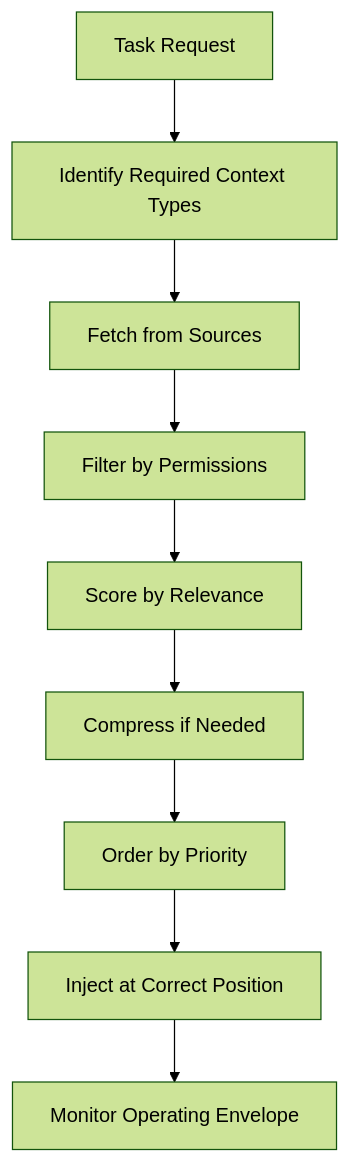
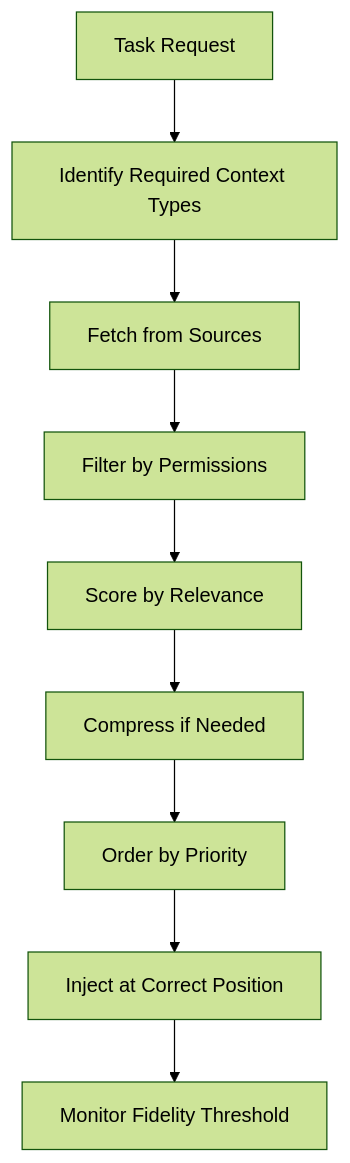
One commit to grvmithas/open-ai-engineering-standards changed the diagram in content/02-context-engineering/README.md. Above: the diagram before and after it, drawn with Mermaid (forest theme). The commit also changed other lines of this file and 494 other files, not shown here.

````diff
--- a/content/02-context-engineering/README.md
+++ b/content/02-context-engineering/README.md
@@ -91,11 +81,11 @@
 ```mermaid
 graph TD
     A[Task Request] --> B[Identify Required Context Types]
     B --> C[Fetch from Sources]
     C --> D[Filter by Permissions]
     D --> E[Score by Relevance]
     E --> F[Compress if Needed]
     F --> G[Order by Priority]
     G --> H[Inject at Correct Position]
-    H --> I[Monitor Operating Envelope]
+    H --> I[Monitor Fidelity Threshold]
 ```
````
